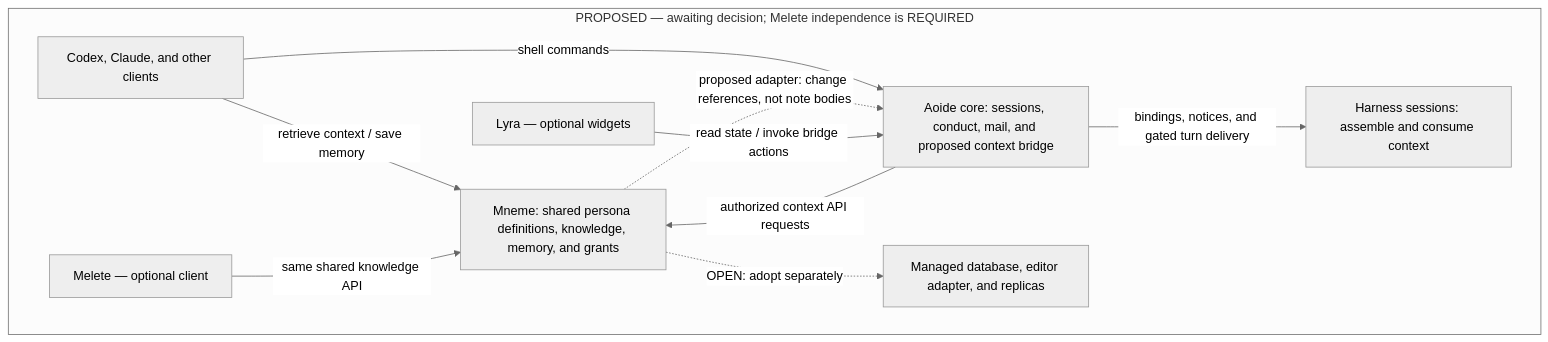
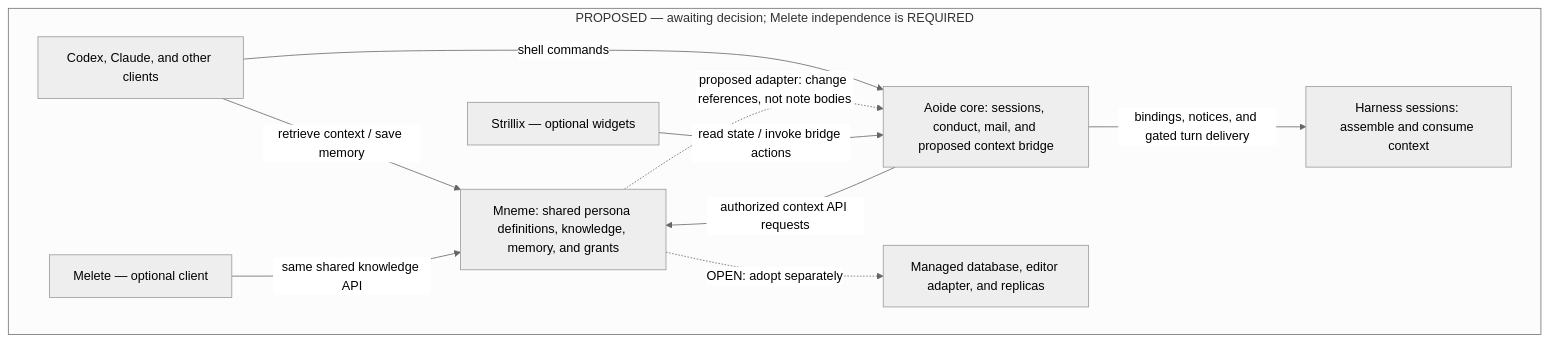
One commit to dxcently/Aoide changed the second of 3 diagrams in docs/Aoide-Wiki/references/mneme-shared-memory-and-aoide.md. Above: the diagram before and after it, drawn with Mermaid (neutral theme). The commit also changed other lines of this file and 453 other files, not shown here.

First line of the commit message:
rename: the paint binary lyra is strillix, shorthand strx

````diff
--- a/docs/Aoide-Wiki/references/mneme-shared-memory-and-aoide.md
+++ b/docs/Aoide-Wiki/references/mneme-shared-memory-and-aoide.md
@@ -180,13 +180,13 @@
 ```mermaid
 flowchart TB
     subgraph Proposed["PROPOSED — awaiting decision; Melete independence is REQUIRED"]
         Clients["Codex, Claude, and other clients"] -->|"retrieve context / save memory"| Mneme["Mneme: shared persona definitions, knowledge, memory, and grants"]
         Melete["Melete — optional client"] -->|"same shared knowledge API"| Mneme
         Clients -->|"shell commands"| Aoide["Aoide core: sessions, conduct, mail, and proposed context bridge"]
         Aoide -->|"authorized context API requests"| Mneme
         Mneme -.->|"proposed adapter: change references, not note bodies"| Aoide
         Aoide -->|"bindings, notices, and gated turn delivery"| Sessions["Harness sessions: assemble and consume context"]
-        Lyra["Lyra — optional widgets"] -->|"read state / invoke bridge actions"| Aoide
+        Strillix["Strillix — optional widgets"] -->|"read state / invoke bridge actions"| Aoide
         Mneme -.->|"OPEN: adopt separately"| Extension["Managed database, editor adapter, and replicas"]
     end
 ```
````
